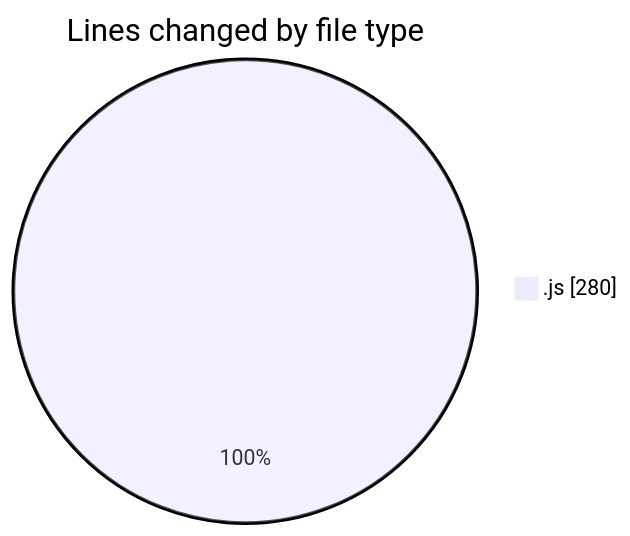
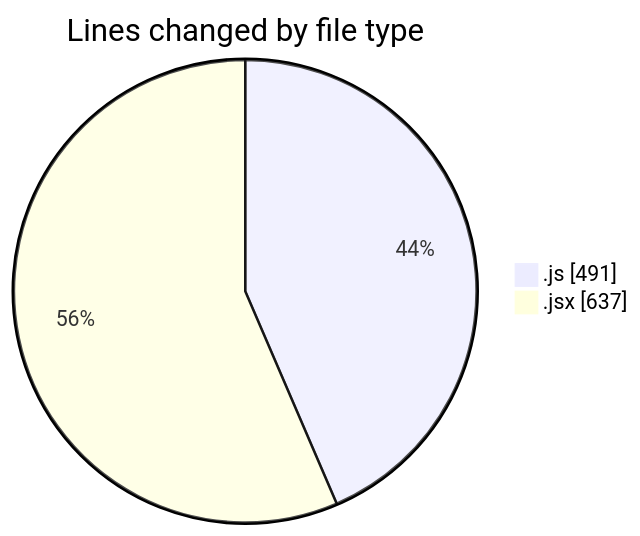
The first of 2 diagrams in 2025-07-01/argos/README.md (nxtqubesakshisongat/code-tracking), drawn with Mermaid before and after one commit. The commit also changed other lines of this file and 1 other file, not shown here.

````diff
--- a/2025-07-01/argos/README.md
+++ b/2025-07-01/argos/README.md
@@ -20,5 +22,6 @@
 ```mermaid
 pie showData
 title Lines changed by file type
-".js" : 280
+".js" : 491
+".jsx" : 637
 ```
````
